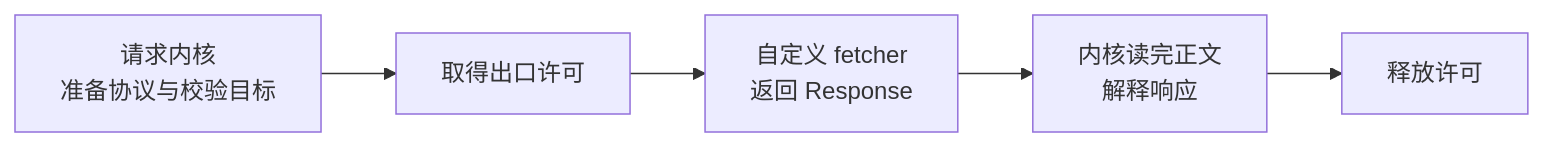
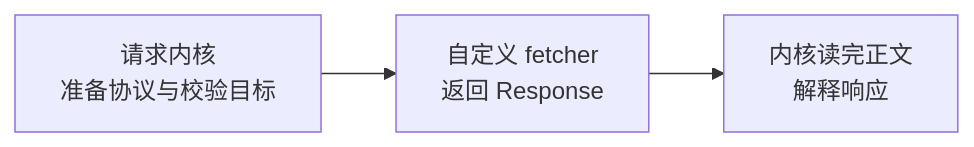
One commit to nonhana/hana-music-api changed the diagram in docs/guide/custom-fetcher.md. Above: the diagram before and after it, drawn with Mermaid. The commit also changed other lines of this file and 52 other files, not shown here.

````diff
--- a/docs/guide/custom-fetcher.md
+++ b/docs/guide/custom-fetcher.md
@@ -21,7 +21,5 @@
 ```mermaid
 flowchart LR
-  CORE["请求内核<br/>准备协议与校验目标"] --> PERMIT["取得出口许可"]
-  PERMIT --> FETCH["自定义 fetcher<br/>返回 Response"]
+  CORE["请求内核<br/>准备协议与校验目标"] --> FETCH["自定义 fetcher<br/>返回 Response"]
   FETCH --> BODY["内核读完正文<br/>解释响应"]
-  BODY --> RELEASE["释放许可"]
 ```
````
